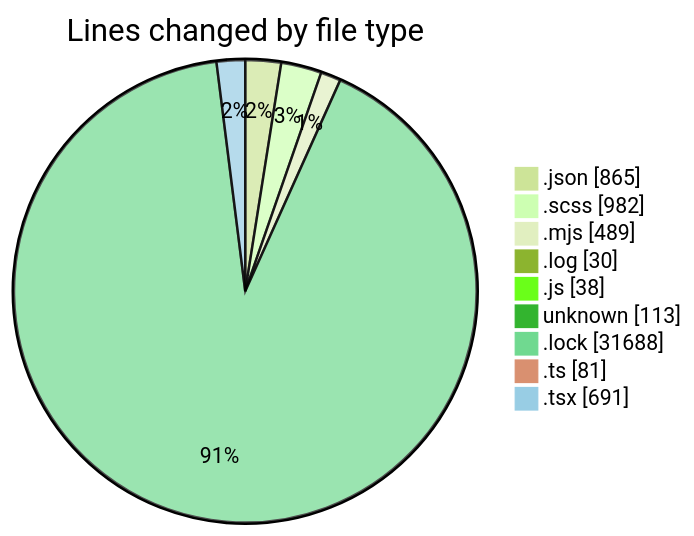
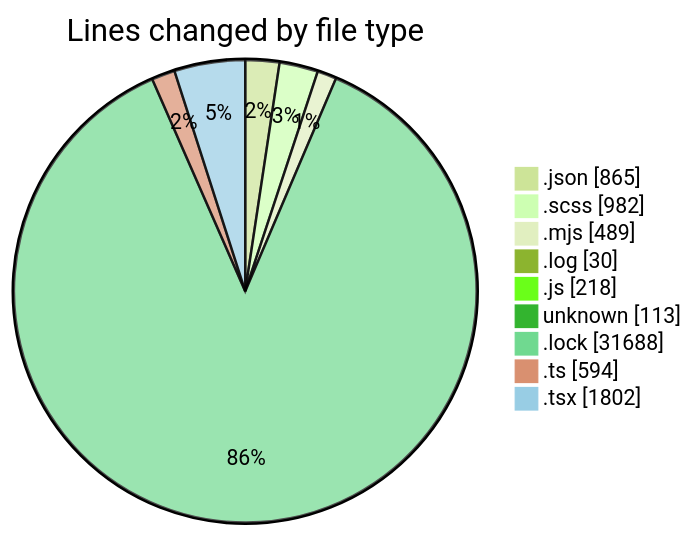
Before and after one commit to momahboobian/code-tracking: the first of 2 diagrams in 2026-08-12/cda/README.md, drawn with Mermaid (forest theme). The commit also changed other lines of this file and 1 other file, not shown here.

````diff
--- a/2026-08-12/cda/README.md
+++ b/2026-08-12/cda/README.md
@@ -50,13 +57,13 @@
 ```mermaid
 pie showData
 title Lines changed by file type
 ".json" : 865
 ".scss" : 982
 ".mjs" : 489
 ".log" : 30
-".js" : 38
+".js" : 218
 "unknown" : 113
 ".lock" : 31688
-".ts" : 81
-".tsx" : 691
+".ts" : 594
+".tsx" : 1802
 ```
````
